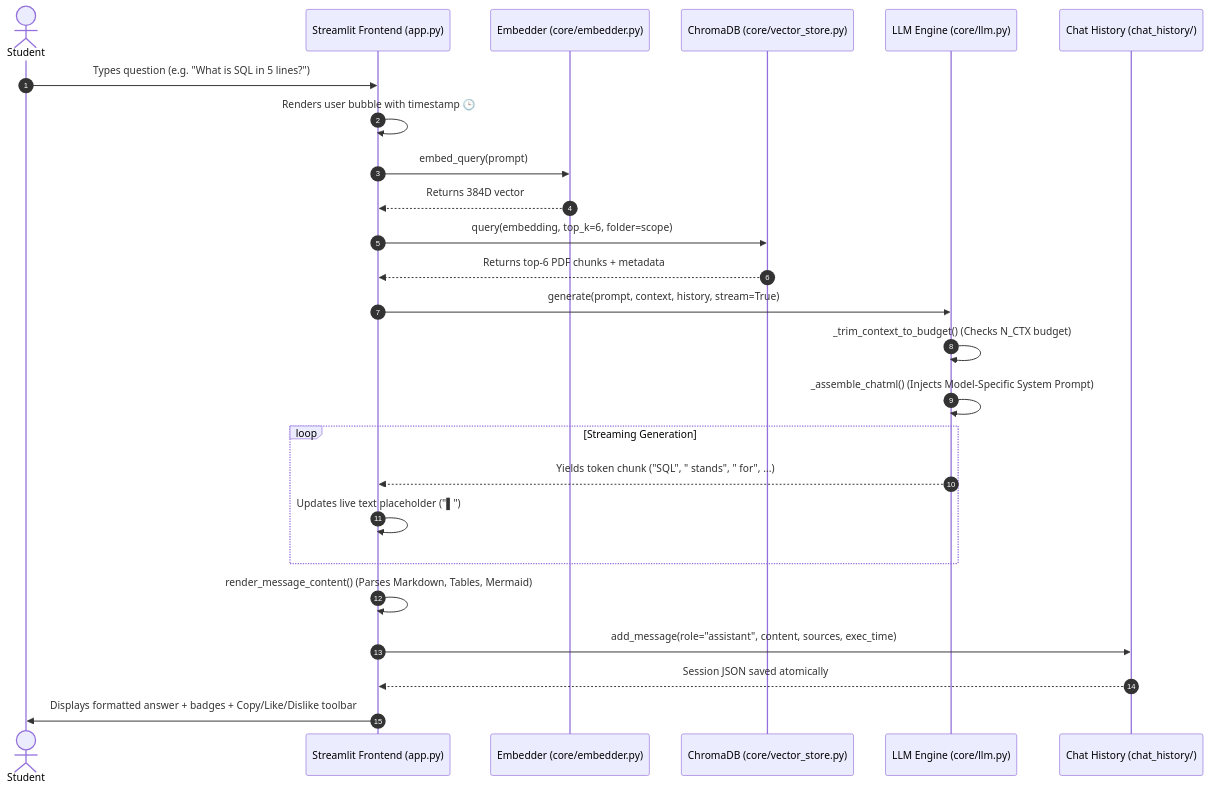
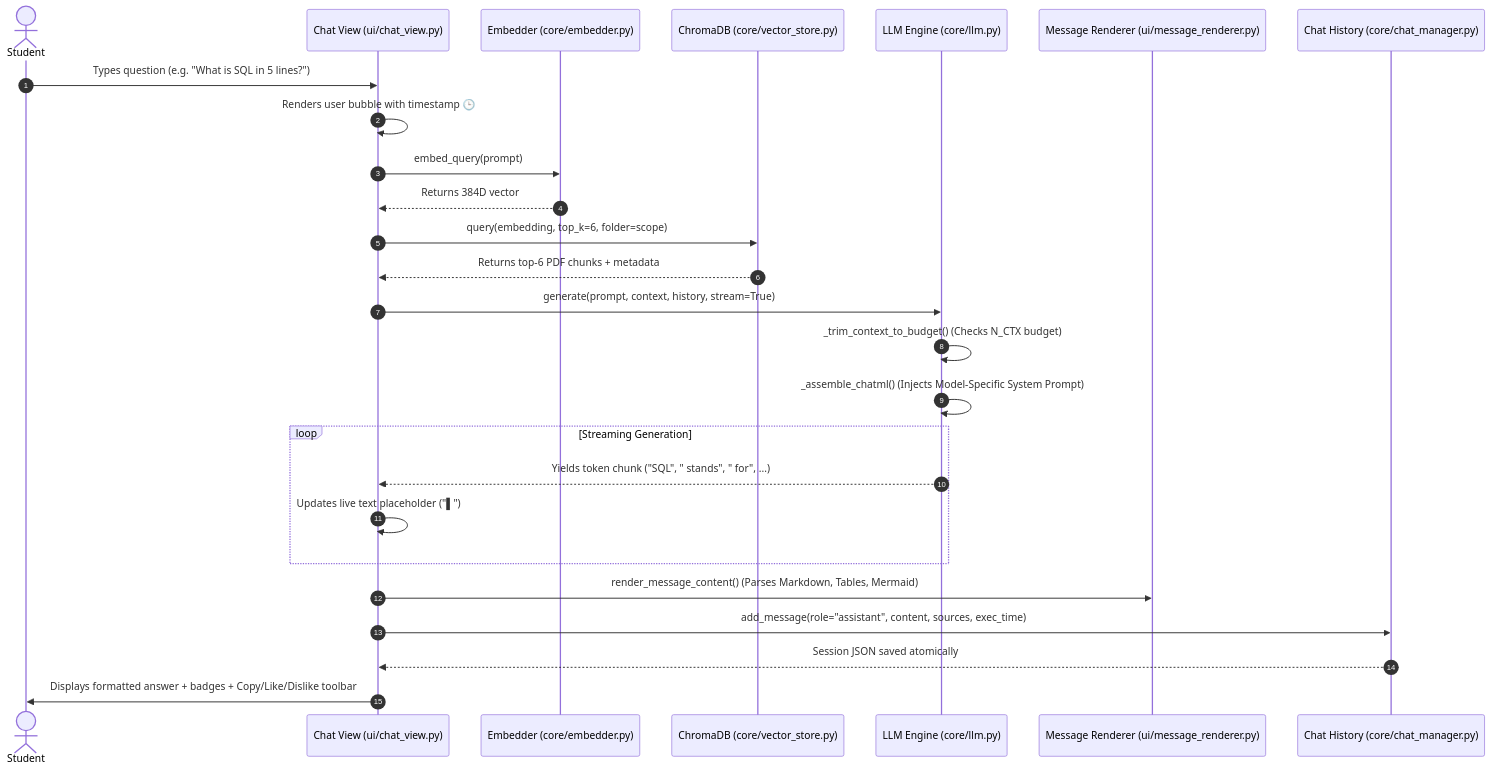
Before and after one commit to Sujalkathait/docmind-RaG: the fourth of 4 diagrams in README.md, drawn with Mermaid. The commit also changed other lines of this file, not shown here.

Commit message:
Docs: Update README.md with modular UI structure and architecture diagrams

````diff
--- a/README.md
+++ b/README.md
@@ -308,28 +322,29 @@
 ```mermaid
 sequenceDiagram
     autonumber
     actor Student
-    participant UI as Streamlit Frontend (app.py)
+    participant UI as Chat View (ui/chat_view.py)
     participant Embed as Embedder (core/embedder.py)
     participant VDB as ChromaDB (core/vector_store.py)
     participant LLM as LLM Engine (core/llm.py)
-    participant Disk as Chat History (chat_history/)
+    participant Render as Message Renderer (ui/message_renderer.py)
+    participant Disk as Chat History (core/chat_manager.py)
 
     Student->>UI: Types question (e.g. "What is SQL in 5 lines?")
     UI->>UI: Renders user bubble with timestamp 🕒
     UI->>Embed: embed_query(prompt)
     Embed-->>UI: Returns 384D vector
     UI->>VDB: query(embedding, top_k=6, folder=scope)
     VDB-->>UI: Returns top-6 PDF chunks + metadata
     UI->>LLM: generate(prompt, context, history, stream=True)
     LLM->>LLM: _trim_context_to_budget() (Checks N_CTX budget)
     LLM->>LLM: _assemble_chatml() (Injects Model-Specific System Prompt)
     loop Streaming Generation
         LLM-->>UI: Yields token chunk ("SQL", " stands", " for", ...)
         UI->>UI: Updates live text placeholder ("▌")
     end
-    UI->>UI: render_message_content() (Parses Markdown, Tables, Mermaid)
+    UI->>Render: render_message_content() (Parses Markdown, Tables, Mermaid)
     UI->>Disk: add_message(role="assistant", content, sources, exec_time)
     Disk-->>UI: Session JSON saved atomically
     UI->>Student: Displays formatted answer + badges + Copy/Like/Dislike toolbar
 ```
````
